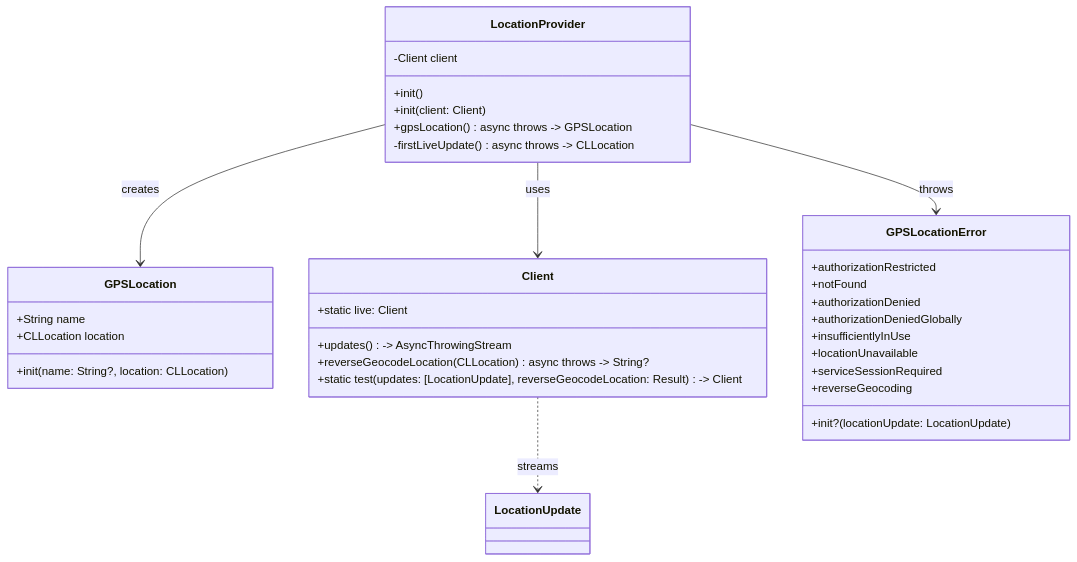
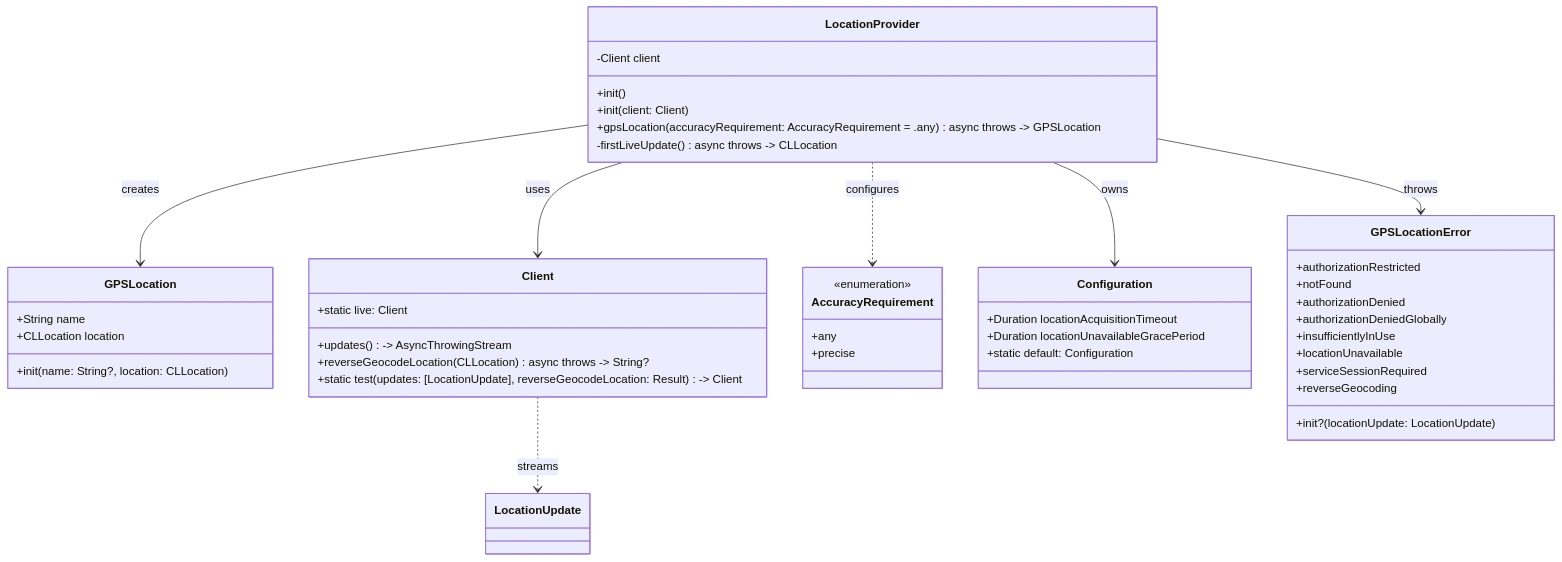
Before and after one commit to kraigspear/LocationProvider: the first of 3 diagrams in Technical.md, drawn with Mermaid. The commit also changed other lines of this file and 5 other files, not shown here.

First line of the commit message:
feat: Add AccuracyRequirement and Configuration for flexible location control (#8)

````diff
--- a/Technical.md
+++ b/Technical.md
@@ -11,40 +11,54 @@
 ```mermaid
 classDiagram
     class LocationProvider {
         -Client client
         +init()
         +init(client: Client)
-        +gpsLocation() async throws -> GPSLocation
+        +gpsLocation(accuracyRequirement: AccuracyRequirement = .any) async throws -> GPSLocation
         -firstLiveUpdate() async throws -> CLLocation
     }
     
     class GPSLocation {
         +String name
         +CLLocation location
         +init(name: String?, location: CLLocation)
     }
     
     class Client {
         +updates() -> AsyncThrowingStream<LocationUpdate, Error>
         +reverseGeocodeLocation(CLLocation) async throws -> String?
         +static live: Client
         +static test(updates: [LocationUpdate], reverseGeocodeLocation: Result<String?, Error>) -> Client
     }
-    
+
+    class AccuracyRequirement {
+        <<enumeration>>
+        +any
+        +precise
+    }
+
+    class Configuration {
+        +Duration locationAcquisitionTimeout
+        +Duration locationUnavailableGracePeriod
+        +static default: Configuration
+    }
+
     class GPSLocationError {
         +authorizationRestricted
         +notFound
         +authorizationDenied
         +authorizationDeniedGlobally
         +insufficientlyInUse
         +locationUnavailable
         +serviceSessionRequired
         +reverseGeocoding
         +init?(locationUpdate: LocationUpdate)
     }
     
     LocationProvider --> Client : uses
     LocationProvider --> GPSLocation : creates
     LocationProvider --> GPSLocationError : throws
     Client ..> LocationUpdate : streams
+    LocationProvider ..> AccuracyRequirement : configures
+    LocationProvider --> Configuration : owns
 ```
````
